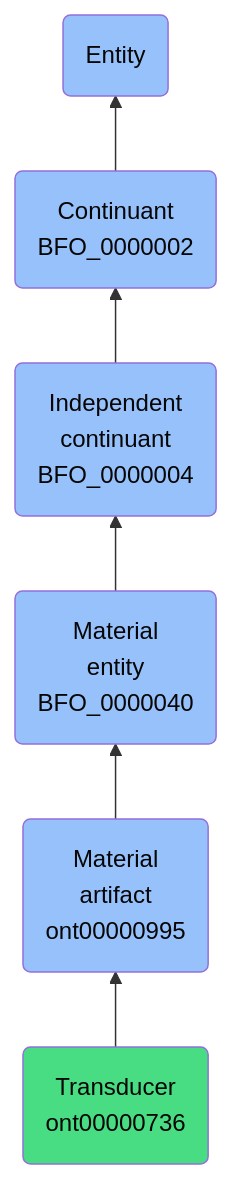
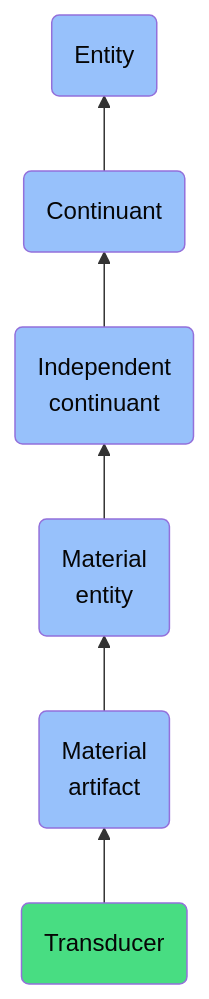
The diagram in docs/ontology/reference/model/Entity/Continuant/Independent continuant/Material entity/Material artifact/Transducer/Transducer.md (jupyter-naas/abi), drawn with Mermaid before and after one commit. The commit also changed other lines of this file and 1430 other files, not shown here.

````diff
--- a/docs/ontology/reference/model/Entity/Continuant/Independent continuant/Material entity/Material artifact/Transducer/Transducer.md
+++ b/docs/ontology/reference/model/Entity/Continuant/Independent continuant/Material entity/Material artifact/Transducer/Transducer.md
@@ -24,13 +24,13 @@
 ```mermaid
 graph BT
-    ont00000736(Transducer<br>ont00000736):::ABI-->ont00000995
-    ont00000995(Material<br>artifact<br>ont00000995):::BFO-->BFO_0000040
-    BFO_0000040(Material<br>entity<br>BFO_0000040):::BFO-->BFO_0000004
-    BFO_0000004(Independent<br>continuant<br>BFO_0000004):::BFO-->BFO_0000002
-    BFO_0000002(Continuant<br>BFO_0000002):::BFO-->BFO_0000001
+    ont00000736(Transducer):::ABI-->ont00000995
+    ont00000995(Material<br>artifact):::BFO-->BFO_0000040
+    BFO_0000040(Material<br>entity):::BFO-->BFO_0000004
+    BFO_0000004(Independent<br>continuant):::BFO-->BFO_0000002
+    BFO_0000002(Continuant):::BFO-->BFO_0000001
     BFO_0000001(Entity):::BFO
     
     classDef BFO fill:#97c1fb,color:#060606
     classDef CCO fill:#e4c51e,color:#060606
     classDef ABI fill:#48DD82,color:#060606
 ```
````
